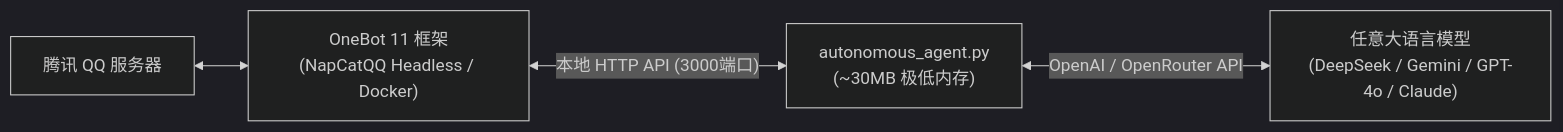
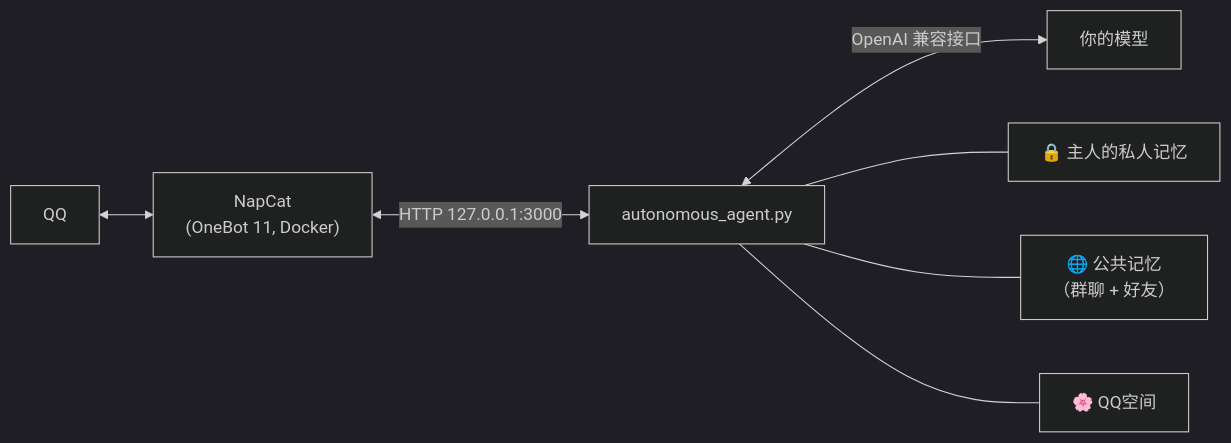
Before and after one commit to intfloatjohn/AI2QQ: the diagram in README_CN.md, drawn with Mermaid (dark theme). The commit also changed other lines of this file and 1 other file, not shown here.

````diff
--- a/README_CN.md
+++ b/README_CN.md
@@ -49,6 +90,9 @@
 ```mermaid
 flowchart LR
-    A["腾讯 QQ 服务器"] <--> B["OneBot 11 框架\n(NapCatQQ Headless / Docker)"]
-    B <-->|"本地 HTTP API (3000端口)"| C["autonomous_agent.py\n(~30MB 极低内存)"]
-    C <-->|"OpenAI / OpenRouter API"| D["任意大语言模型\n(DeepSeek / Gemini / GPT-4o / Claude)"]
+    Q["QQ"] <--> N["NapCat<br/>(OneBot 11, Docker)"]
+    N <-->|"HTTP 127.0.0.1:3000"| B["autonomous_agent.py"]
+    B <-->|"OpenAI 兼容接口"| M["你的模型"]
+    B --- P["🔒 主人的私人记忆"]
+    B --- S["🌐 公共记忆<br/>（群聊 + 好友）"]
+    B --- Z["🌸 QQ空间"]
 ```
````
